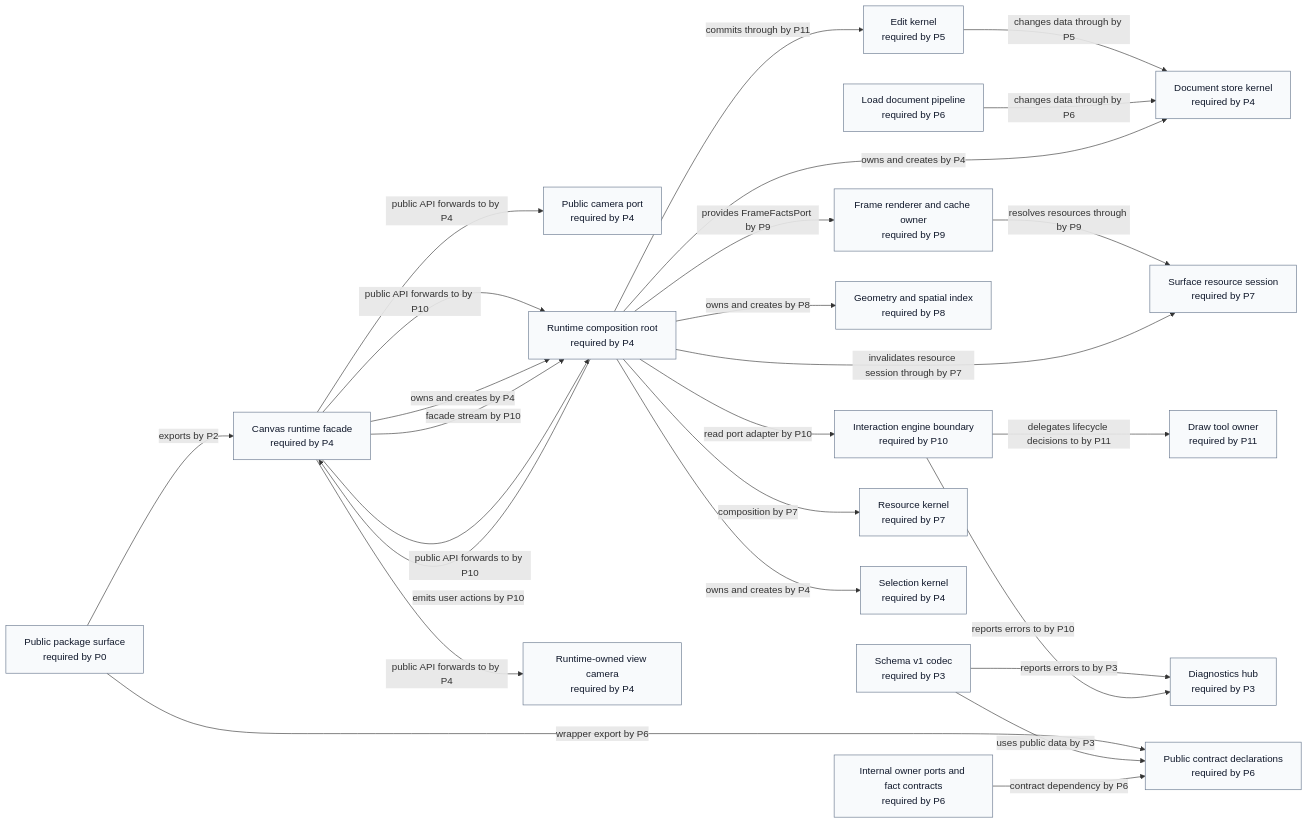
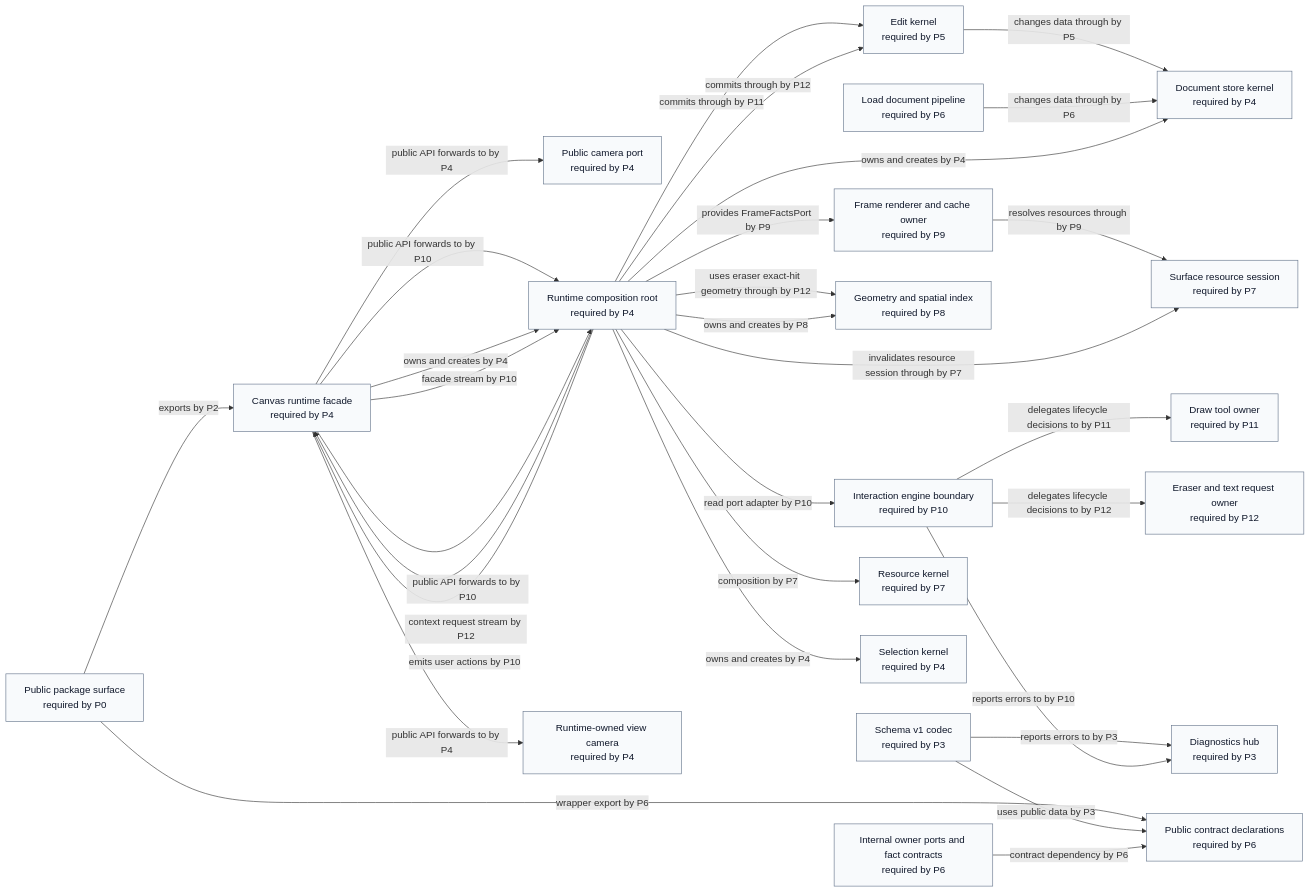
One commit to GreatPika/iwb_canvas_engine changed the diagram in docs/diagrams/generated/actual_vs_expected_diff.mmd. Above: the diagram before and after it, drawn with Mermaid. The commit also changed 17 other files, not shown here.

First line of the commit message:
docs(architecture): close p12 graph and proof inventory

```diff
--- a/docs/diagrams/generated/actual_vs_expected_diff.mmd
+++ b/docs/diagrams/generated/actual_vs_expected_diff.mmd
@@ -1,51 +1,56 @@
 %% GENERATED FILE. Do not edit by hand.
 %% Source: docs/architecture/architecture_graph.yaml
 %% View: Actual vs expected selected phase diff
-%% Selected phase: P11
+%% Selected phase: P12
 flowchart LR
   api_camera_port["Public camera port<br/>required by P4"]:::ok
   api_canvas_runtime["Canvas runtime facade<br/>required by P4"]:::ok
   api_public_surface["Public package surface<br/>required by P0"]:::ok
   codec_schema_v1["Schema v1 codec<br/>required by P3"]:::ok
   contracts_internal_ports["Internal owner ports and fact contracts<br/>required by P6"]:::ok
   contracts_public["Public contract declarations<br/>required by P6"]:::ok
   diagnostics_hub["Diagnostics hub<br/>required by P3"]:::ok
   draw_tools["Draw tool owner<br/>required by P11"]:::ok
   edit_kernel["Edit kernel<br/>required by P5"]:::ok
+  eraser_text_request["Eraser and text request owner<br/>required by P12"]:::ok
   frame_renderer["Frame renderer and cache owner<br/>required by P9"]:::ok
   geometry_spatial_index["Geometry and spatial index<br/>required by P8"]:::ok
   interaction_engine["Interaction engine boundary<br/>required by P10"]:::ok
   load_document_pipeline["Load document pipeline<br/>required by P6"]:::ok
   resource_kernel["Resource kernel<br/>required by P7"]:::ok
   resource_surface_session["Surface resource session<br/>required by P7"]:::ok
   runtime_root["Runtime composition root<br/>required by P4"]:::ok
   runtime_view_camera["Runtime-owned view camera<br/>required by P4"]:::ok
   selection_kernel["Selection kernel<br/>required by P4"]:::ok
   store_document_kernel["Document store kernel<br/>required by P4"]:::ok
   api_canvas_runtime -->|public API forwards to by P4| runtime_view_camera
   api_canvas_runtime -->|public API forwards to by P10| runtime_root
   api_canvas_runtime -->|owns and creates by P4| runtime_root
   api_canvas_runtime -->|facade stream by P10| runtime_root
   api_canvas_runtime -->|public API forwards to by P4| api_camera_port
   api_canvas_runtime -->|public API forwards to by P10| runtime_root
   api_public_surface -->|exports by P2| api_canvas_runtime
   api_public_surface -->|wrapper export by P6| contracts_public
   codec_schema_v1 -->|reports errors to by P3| diagnostics_hub
   codec_schema_v1 -->|uses public data by P3| contracts_public
   contracts_internal_ports -->|contract dependency by P6| contracts_public
   runtime_root -->|commits through by P11| edit_kernel
   interaction_engine -->|delegates lifecycle decisions to by P11| draw_tools
   edit_kernel -->|changes data through by P5| store_document_kernel
+  runtime_root -->|commits through by P12| edit_kernel
+  interaction_engine -->|delegates lifecycle decisions to by P12| eraser_text_request
+  runtime_root -->|context request stream by P12| api_canvas_runtime
+  runtime_root -->|uses eraser exact-hit geometry through by P12| geometry_spatial_index
   frame_renderer -->|resolves resources through by P9| resource_surface_session
   interaction_engine -->|reports errors to by P10| diagnostics_hub
   load_document_pipeline -->|changes data through by P6| store_document_kernel
   runtime_root -->|owns and creates by P8| geometry_spatial_index
   runtime_root -->|provides FrameFactsPort by P9| frame_renderer
   runtime_root -->|emits user actions by P10| api_canvas_runtime
   runtime_root -->|invalidates resource session through by P7| resource_surface_session
   runtime_root -->|composition by P7| resource_kernel
   runtime_root -->|owns and creates by P4| selection_kernel
   runtime_root -->|owns and creates by P4| store_document_kernel
   runtime_root -->|read port adapter by P10| interaction_engine
   classDef ok fill:#f8fafc,stroke:#64748b,color:#0f172a
   classDef violation fill:#fee2e2,stroke:#dc2626,color:#7f1d1d
```
